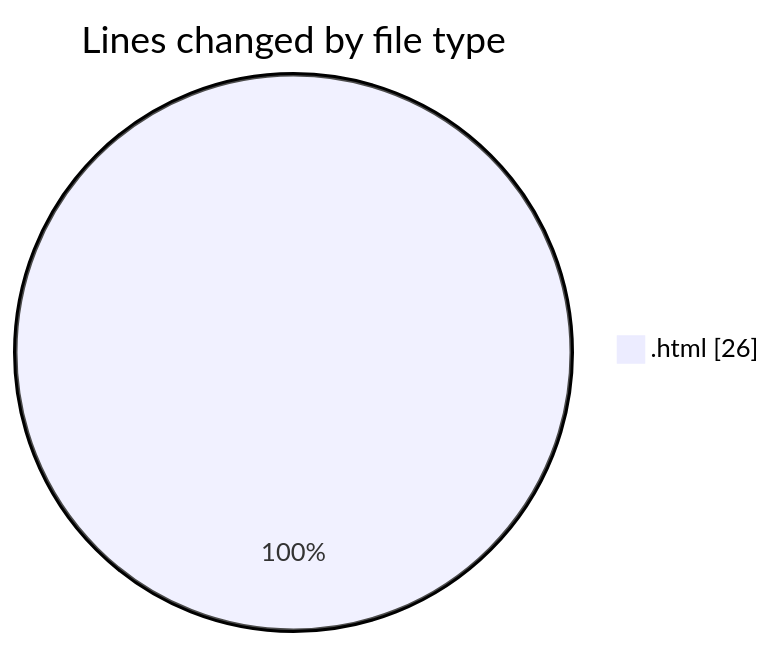
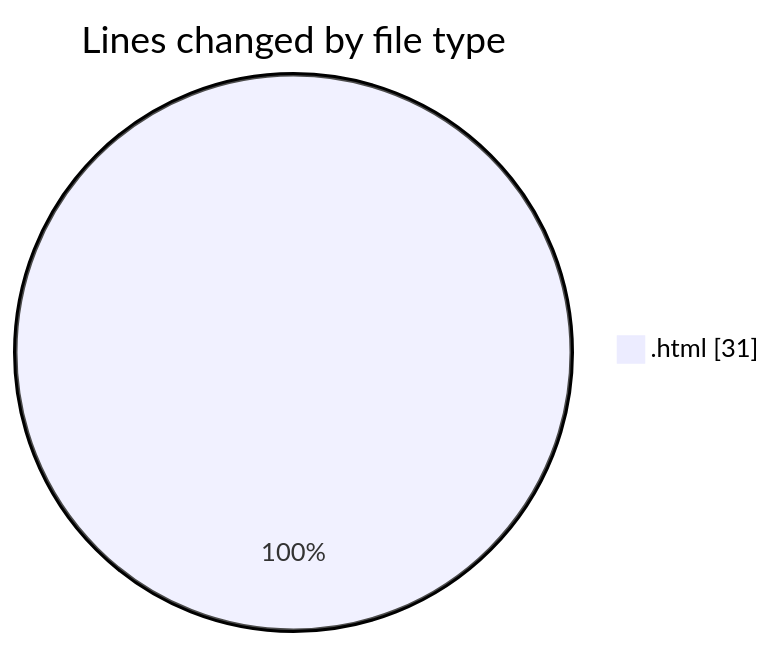
One commit to LanceThiago/code-tracking changed the first of 2 diagrams in 2025-01-09/nueva_carpeta/README.md. Above: the diagram before and after it, drawn with Mermaid. The commit also changed other lines of this file and 1 other file, not shown here.

````diff
--- a/2025-01-09/nueva_carpeta/README.md
+++ b/2025-01-09/nueva_carpeta/README.md
@@ -20,5 +20,5 @@
 ```mermaid
 pie showData
 title Lines changed by file type
-".html" : 26
+".html" : 31
 ```
````
